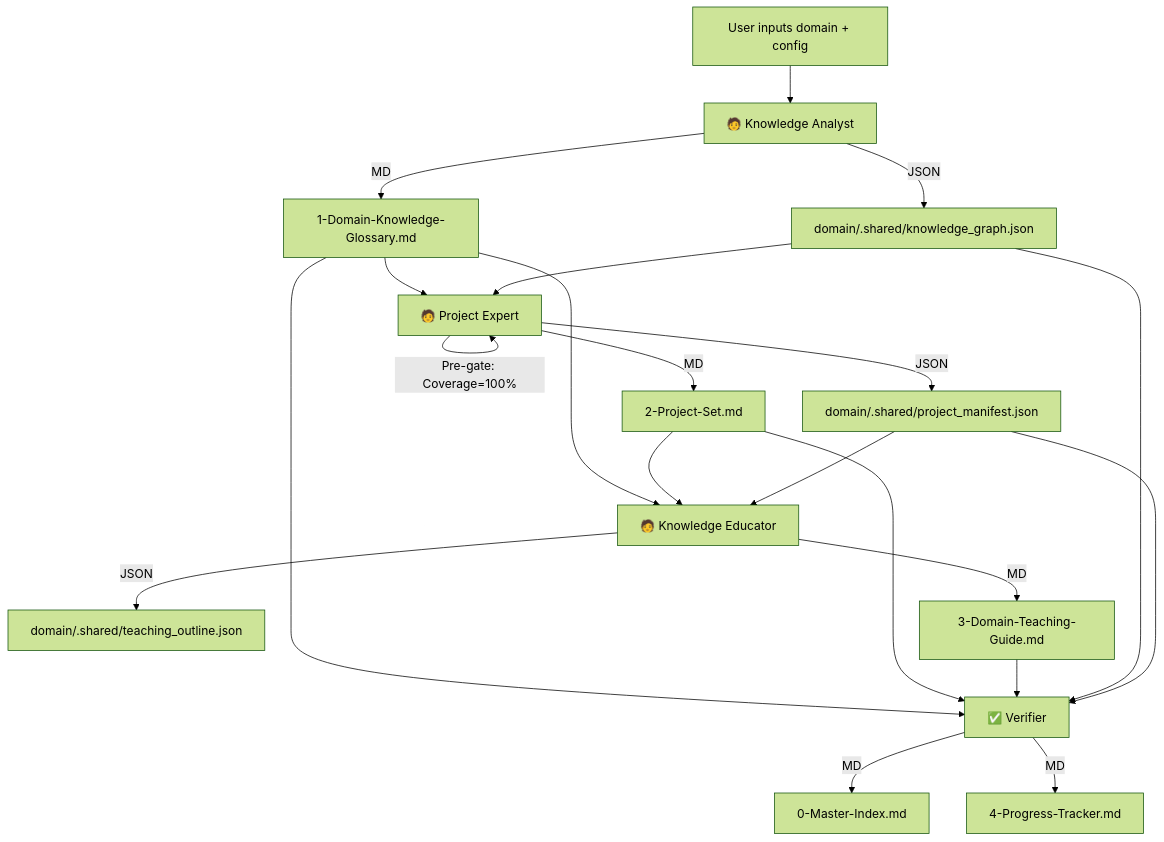
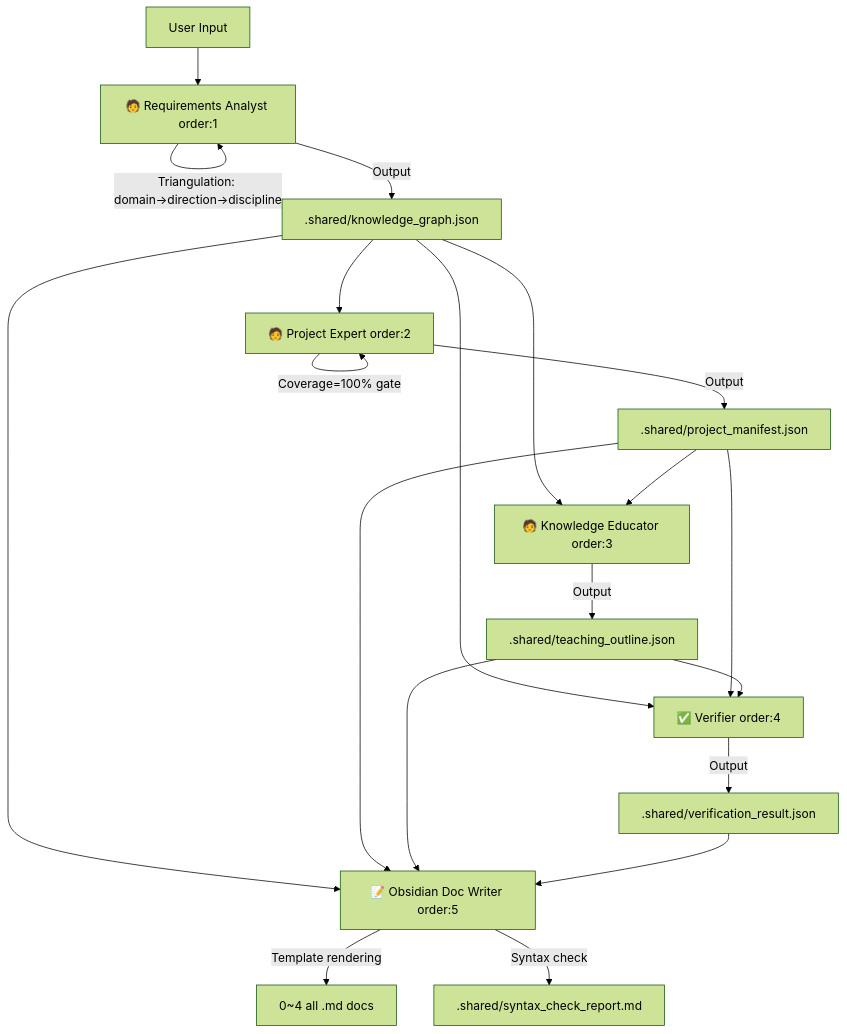
Before and after one commit to LiuYuanSong753/KnowledgeEngineOrchestrator: the diagram in README-en.md, drawn with Mermaid (forest theme). The commit also changed other lines of this file and 27 other files, not shown here.

````diff
--- a/README-en.md
+++ b/README-en.md
@@ -47,26 +31,26 @@
 ```mermaid
 flowchart TD
-    A[User inputs domain + config] --> B[🧑 Knowledge Analyst]
-    B -->|JSON| D[domain/.shared/knowledge_graph.json]
-    B -->|MD| C[1-Domain-Knowledge-Glossary.md]
+    A[User Input] --> B[🧑 Requirements Analyst order:1]
+    B -->|Triangulation: domain→direction→discipline| B
+    B -->|Output| D[.shared/knowledge_graph.json]
     
-    C --> E[🧑 Project Expert]
-    D --> E
-    E -->|Pre-gate: Coverage=100%| E
-    E -->|JSON| H[domain/.shared/project_manifest.json]
-    E -->|MD| F[2-Project-Set.md]
+    D --> E[🧑 Project Expert order:2]
+    E -->|Coverage=100% gate| E
+    E -->|Output| F[.shared/project_manifest.json]
     
-    C --> I[🧑 Knowledge Educator]
+    D --> G[🧑 Knowledge Educator order:3]
+    F --> G
+    G -->|Output| H[.shared/teaching_outline.json]
+    
+    D --> I[✅ Verifier order:4]
     F --> I
     H --> I
-    I -->|JSON| J[domain/.shared/teaching_outline.json]
-    I -->|MD| K[3-Domain-Teaching-Guide.md]
+    I -->|Output| J[.shared/verification_result.json]
     
-    C --> L[✅ Verifier]
-    F --> L
-    K --> L
-    D --> L
-    H --> L
-    L -->|MD| M[0-Master-Index.md]
-    L -->|MD| N[4-Progress-Tracker.md]
+    D --> K[📝 Obsidian Doc Writer order:5]
+    F --> K
+    H --> K
+    J --> K
+    K -->|Template rendering| L[0~4 all .md docs]
+    K -->|Syntax check| M[.shared/syntax_check_report.md]
 ```
````
